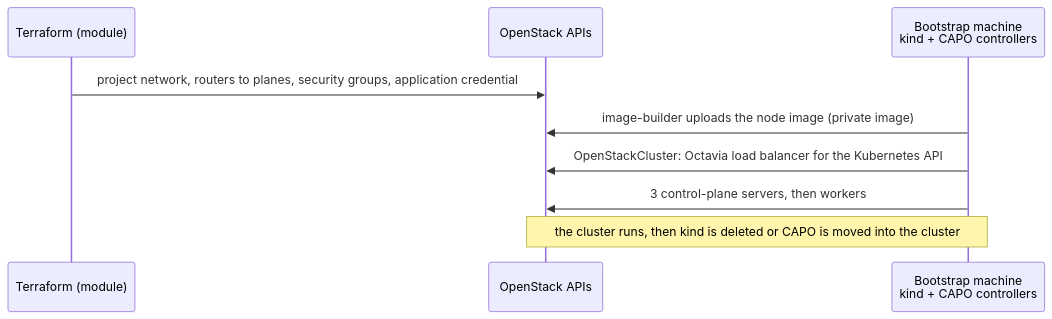
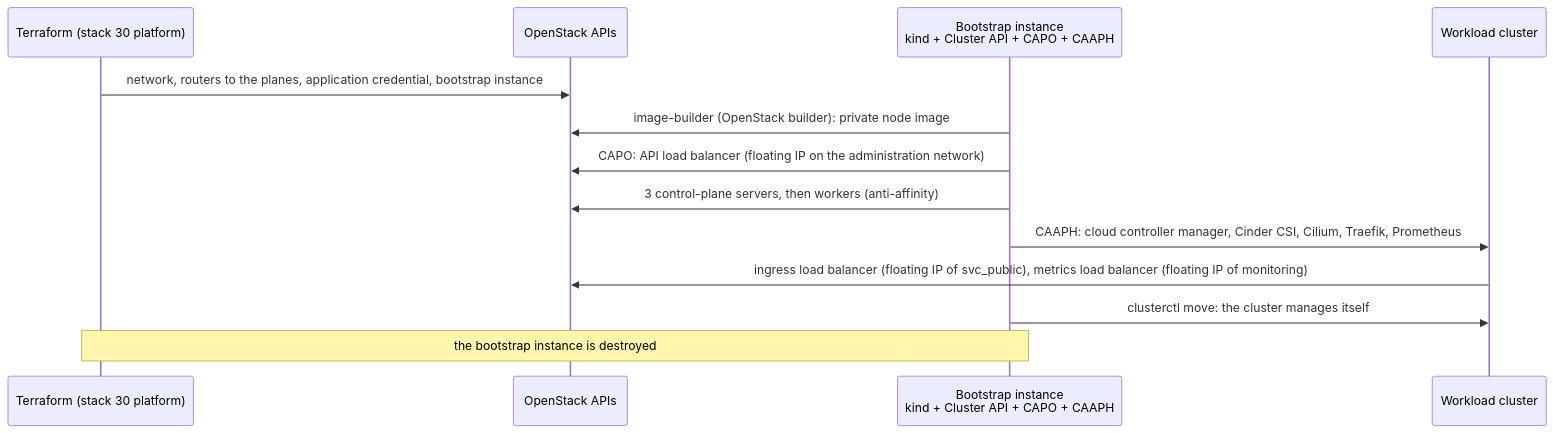
One commit to CyprisTech/openstack-multitenant-reference changed the fourth of 4 diagrams in docs/architecture.md. Above: the diagram before and after it, drawn with Mermaid. The commit also changed other lines of this file and 2 other files, not shown here.

Commit message:
ADR-0002: the platform tenant, Kubernetes with Cluster API
Responsibilities (Terraform, image-builder, Cluster API, CAAPH), ClusterClass,
self-managed cluster after clusterctl move, Cilium with an explicit MTU,
exposure through floating IPs per plane (ingress on svc_public, Prometheus
federation on monitoring, API on the administration network), administration
and intranet as two roles, new matrix rows. Specification updated.

````diff
--- a/docs/architecture.md
+++ b/docs/architecture.md
@@ -116,11 +116,15 @@
 ```mermaid
 sequenceDiagram
-    participant TF as Terraform (module)
+    participant TF as Terraform (stack 30 platform)
     participant OS as OpenStack APIs
-    participant K as Bootstrap machine<br/>kind + CAPO controllers
-    TF->>OS: project network, routers to planes, security groups, application credential
-    K->>OS: image-builder uploads the node image (private image)
-    K->>OS: OpenStackCluster: Octavia load balancer for the Kubernetes API
-    K->>OS: 3 control-plane servers, then workers
-    Note over K,OS: the cluster runs, then kind is deleted or CAPO is moved into the cluster
+    participant B as Bootstrap instance<br/>kind + Cluster API + CAPO + CAAPH
+    participant W as Workload cluster
+    TF->>OS: network, routers to the planes, application credential, bootstrap instance
+    B->>OS: image-builder (OpenStack builder): private node image
+    B->>OS: CAPO: API load balancer (floating IP on the administration network)
+    B->>OS: 3 control-plane servers, then workers (anti-affinity)
+    B->>W: CAAPH: cloud controller manager, Cinder CSI, Cilium, Traefik, Prometheus
+    W->>OS: ingress load balancer (floating IP of svc_public), metrics load balancer (floating IP of monitoring)
+    B->>W: clusterctl move: the cluster manages itself
+    Note over TF,B: the bootstrap instance is destroyed
 ```
````
